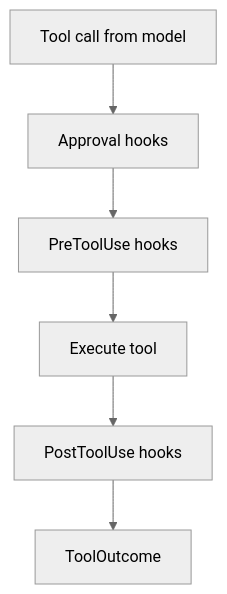
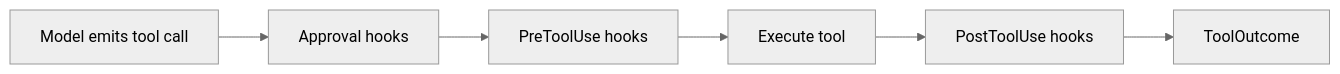
The second of 2 diagrams in packages/docs/content/introduction/architecture.md (humanlayer/agentlayer), drawn with Mermaid (neutral theme) before and after one commit. The commit also changed other lines of this file and 29 other files, not shown here.

````diff
--- a/packages/docs/content/introduction/architecture.md
+++ b/packages/docs/content/introduction/architecture.md
@@ -65,8 +58,8 @@
 ```mermaid
-flowchart TD
-  A[Tool call from model] --> B[Approval hooks]
-  B --> C[PreToolUse hooks]
-  C --> D[Execute tool]
-  D --> E[PostToolUse hooks]
-  E --> F[ToolOutcome]
+flowchart LR
+    A[Model emits tool call] --> B[Approval hooks]
+    B --> C[PreToolUse hooks]
+    C --> D[Execute tool]
+    D --> E[PostToolUse hooks]
+    E --> F[ToolOutcome]
 ```
````
